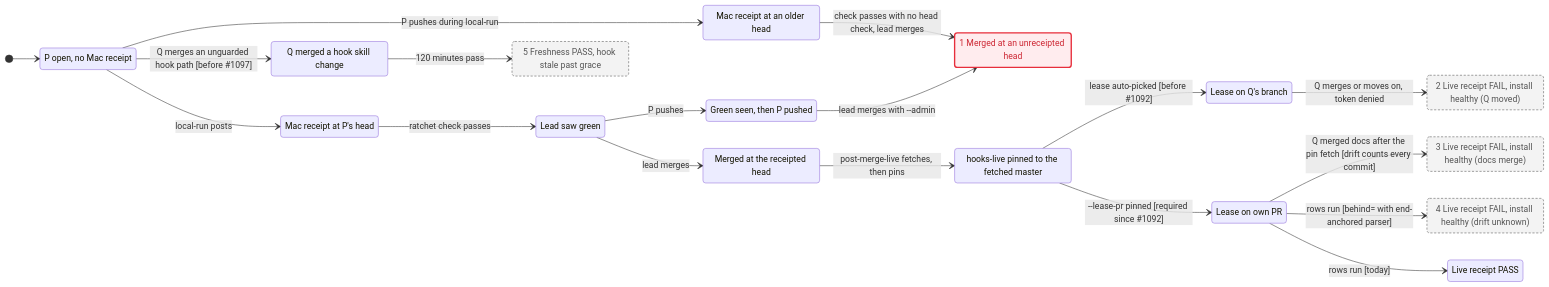
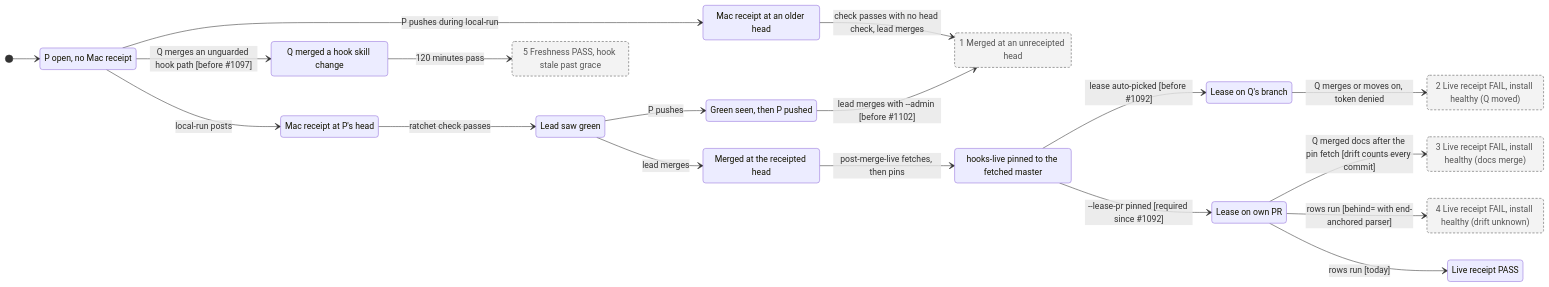
One commit to EtanHey/golems changed the diagram in docs/tla/merge-receipts/statechart.md. Above: the diagram before and after it, drawn with Mermaid. The commit also changed other lines of this file and 5 other files, not shown here.

````diff
--- a/docs/tla/merge-receipts/statechart.md
+++ b/docs/tla/merge-receipts/statechart.md
@@ -9,41 +9,40 @@
 ```mermaid
 stateDiagram-v2
   direction LR
   Open: P open, no Mac receipt
   Receipted: Mac receipt at P's head
   Older: Mac receipt at an older head
   Green: Lead saw green
   Moved: Green seen, then P pushed
   Bad1: 1 Merged at an unreceipted head
   Merged: Merged at the receipted head
   Updated: hooks-live pinned to the fetched master
   LeaseQ: Lease on Q's branch
   LeaseOwn: Lease on own PR
   Bad2: 2 Live receipt FAIL, install healthy (Q moved)
   Bad3: 3 Live receipt FAIL, install healthy (docs merge)
   Bad4: 4 Live receipt FAIL, install healthy (drift unknown)
   Pass: Live receipt PASS
   QHook: Q merged a hook skill change
   Bad5: 5 Freshness PASS, hook stale past grace
   [*] --> Open
   Open --> Receipted: local-run posts
   Open --> Older: P pushes during local-run
   Receipted --> Green: ratchet check passes
   Older --> Bad1: check passes with no head check, lead merges
   Green --> Moved: P pushes
-  Moved --> Bad1: lead merges with --admin
+  Moved --> Bad1: lead merges with --admin [before #1102]
   Green --> Merged: lead merges
   Merged --> Updated: post-merge-live fetches, then pins
   Updated --> LeaseQ: lease auto-picked [before #1092]
   Updated --> LeaseOwn: --lease-pr pinned [required since #1092]
   LeaseQ --> Bad2: Q merges or moves on, token denied
   LeaseOwn --> Bad3: Q merged docs after the pin fetch [drift counts every commit]
   LeaseOwn --> Bad4: rows run [behind= with end-anchored parser]
   LeaseOwn --> Pass: rows run [today]
   Open --> QHook: Q merges an unguarded hook path [before #1097]
   QHook --> Bad5: 120 minutes pass
   classDef bug fill:#ffecee,stroke:#e72e3b,stroke-width:2.5px,color:#cd2834
   classDef fixed fill:#f3f3f3,stroke:#8a8a8a,stroke-width:1.5px,stroke-dasharray:4 3,color:#555555
-  class Bad1 bug
-  class Bad2,Bad3,Bad4,Bad5 fixed
+  class Bad1,Bad2,Bad3,Bad4,Bad5 fixed
 ```
````
